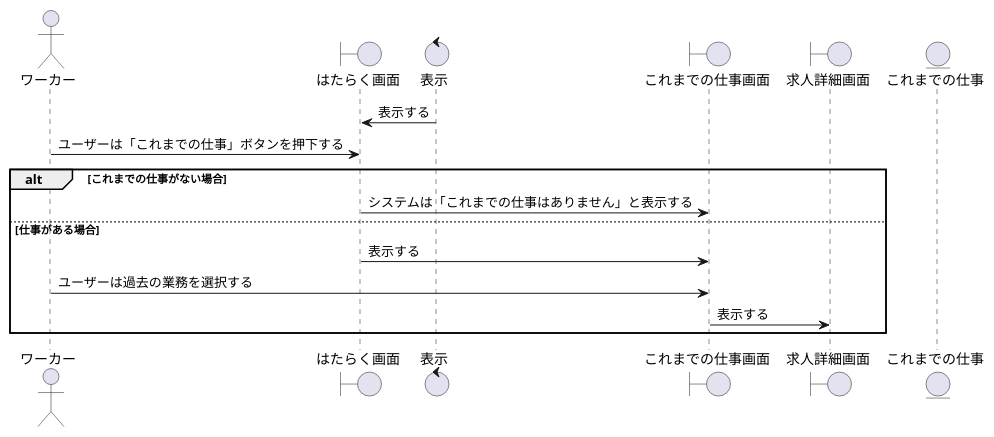
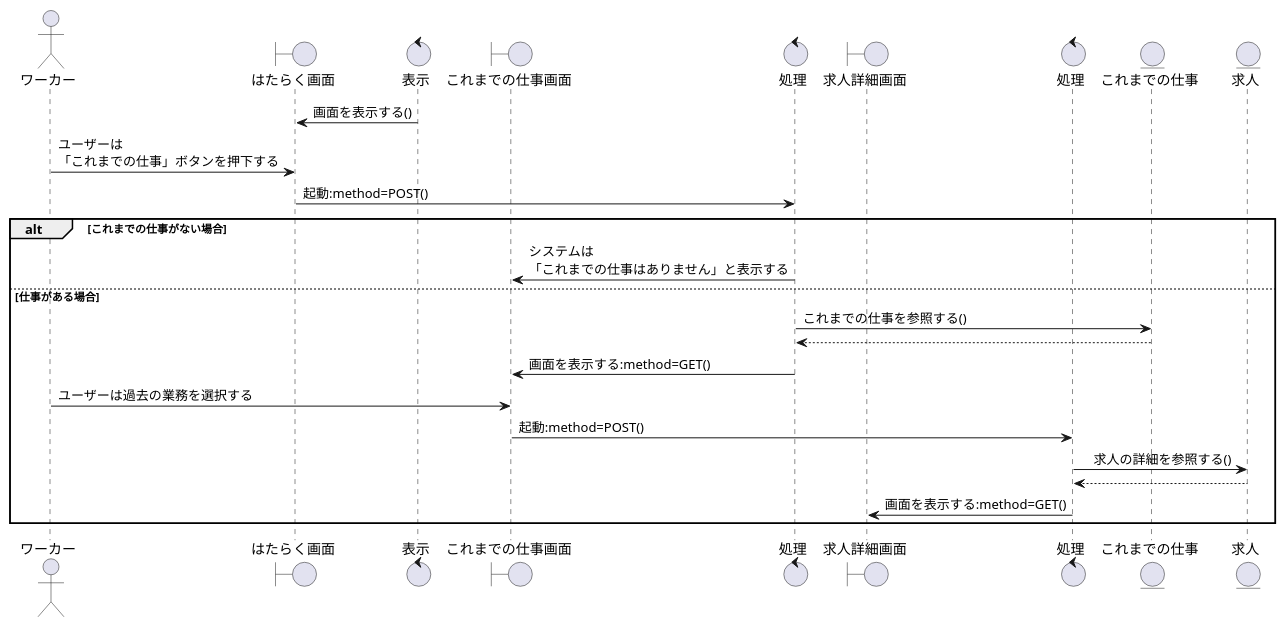
One commit to irukacb256/high_Me changed the diagram in sequence_fig/5_work_fn/2_過去の業務と報酬を閲覧する.pu. Above: the diagram before and after it, drawn with PlantUML. The commit also changed 2 other files, not shown here.

```diff
--- a/sequence_fig/5_work_fn/2_過去の業務と報酬を閲覧する.pu
+++ b/sequence_fig/5_work_fn/2_過去の業務と報酬を閲覧する.pu
@@ -1,21 +1,31 @@
 @startuml 過去の業務と報酬を閲覧する
 ' 1
 actor ワーカー as wo1
 boundary はたらく画面 as wk1
 control 表示 as co1
 boundary これまでの仕事画面 as ks1
+control 処理 as co2
 boundary 求人詳細画面 as jd1
+control 処理 as co3
 
 entity これまでの仕事 as aj1
+entity 求人 as jb1
 ' 2
-co1 -> wk1 : 表示する
-wo1 -> wk1 :  ユーザーは「これまでの仕事」ボタンを押下する
+co1 -> wk1 : 画面を表示する()
+wo1 -> wk1 : ユーザーは\n「これまでの仕事」ボタンを押下する
+wk1 -> co2 : 起動:method=POST()
+
 alt これまでの仕事がない場合
-wk1 -> ks1 : システムは「これまでの仕事はありません」と表示する
+    co2 -> ks1 : システムは\n「これまでの仕事はありません」と表示する
 else 仕事がある場合
-wk1 -> ks1 : 表示する
-wo1 -> ks1 : ユーザーは過去の業務を選択する
-ks1 -> jd1 : 表示する
+    co2 -> aj1 : これまでの仕事を参照する()
+    co2 <-- aj1
+    co2 -> ks1 : 画面を表示する:method=GET()
+    wo1 -> ks1 : ユーザーは過去の業務を選択する
+    ks1 -> co3 : 起動:method=POST()
+    co3 -> jb1 :　求人の詳細を参照する()
+    co3 <-- jb1
+    co3 -> jd1 : 画面を表示する:method=GET()
 end
 
 @enduml
```
